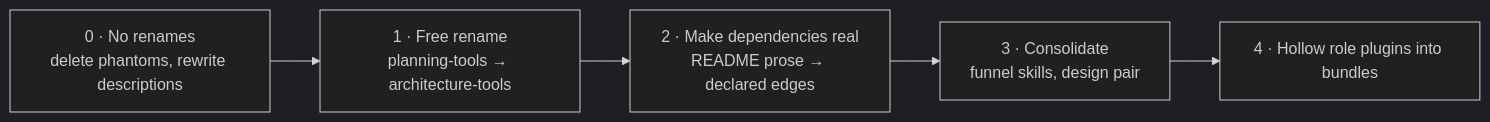
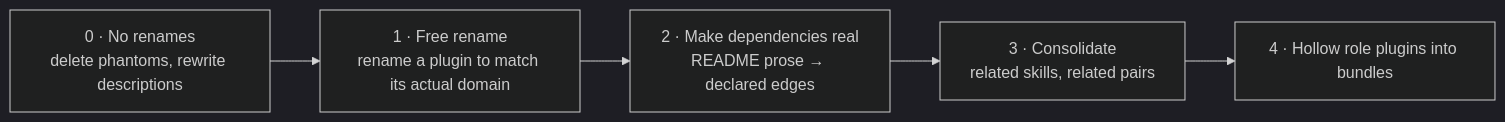
One commit to bitwarden/contributing-docs changed the fifth of 5 diagrams in docs/architecture/adr/0035-adopt-ai-plugin-taxonomy.md. Above: the diagram before and after it, drawn with Mermaid (dark theme). The commit also changed other lines of this file, not shown here.

Commit message:
Genericize ADR 0035 and broaden scope to AI skills, prompts, and agents

````diff
--- a/docs/architecture/adr/0035-adopt-ai-plugin-taxonomy.md
+++ b/docs/architecture/adr/0035-adopt-ai-plugin-taxonomy.md
@@ -183,7 +178,7 @@
 ```mermaid
 flowchart LR
-    P0["0 · No renames<br/>delete phantoms, rewrite descriptions"] --> P1["1 · Free rename<br/>planning-tools → architecture-tools"]
+    P0["0 · No renames<br/>delete phantoms, rewrite descriptions"] --> P1["1 · Free rename<br/>rename a plugin to match its actual domain"]
     P1 --> P2["2 · Make dependencies real<br/>README prose → declared edges"]
-    P2 --> P3["3 · Consolidate<br/>funnel skills, design pair"]
+    P2 --> P3["3 · Consolidate<br/>related skills, related pairs"]
     P3 --> P4["4 · Hollow role plugins into bundles"]
 ```
````
